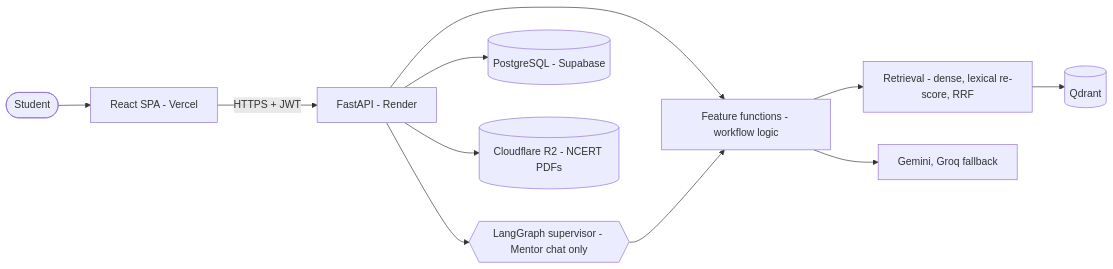
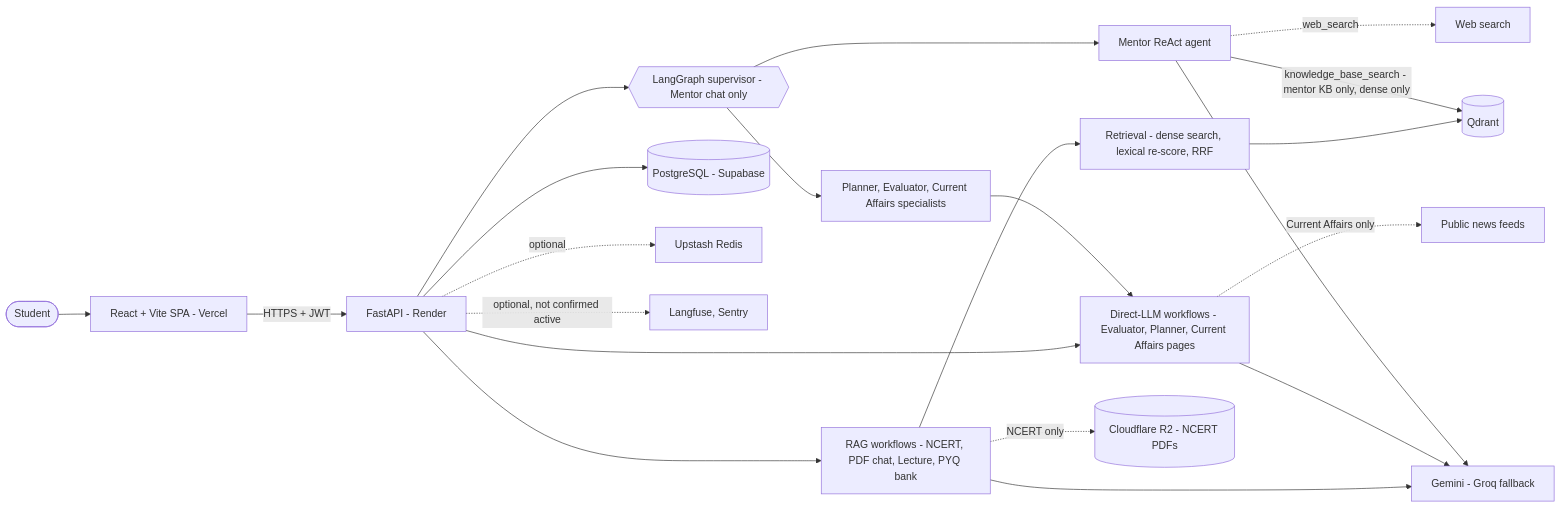
Before and after one commit to Vishal-AI-ML-Dev/UPSC-AI-PRO: the first of 4 diagrams in README.md, drawn with Mermaid. The commit also changed other lines of this file, not shown here.

Commit message:
docs: refine UPSC AI Pro README architecture

````diff
--- a/README.md
+++ b/README.md
@@ -60,13 +52,23 @@
 ```mermaid
 flowchart LR
-    S(["Student"]) --> FE["React SPA - Vercel"]
+    S(["Student"]) --> FE["React + Vite SPA - Vercel"]
     FE -->|"HTTPS + JWT"| API["FastAPI - Render"]
     API --> SUP{{"LangGraph supervisor - Mentor chat only"}}
-    API --> FN["Feature functions - workflow logic"]
-    SUP --> FN
-    FN --> RET["Retrieval - dense, lexical re-score, RRF"]
+    SUP --> MA["Mentor ReAct agent"]
+    SUP --> SP["Planner, Evaluator, Current Affairs specialists"]
+    API --> RW["RAG workflows - NCERT, PDF chat, Lecture, PYQ bank"]
+    API --> DW["Direct-LLM workflows - Evaluator, Planner, Current Affairs pages"]
+    SP --> DW
+    RW --> RET["Retrieval - dense search, lexical re-score, RRF"]
     RET --> QD[("Qdrant")]
-    FN --> LLM["Gemini, Groq fallback"]
+    MA -->|"knowledge_base_search - mentor KB only, dense only"| QD
+    MA -.->|"web_search"| WEB["Web search"]
+    DW -.->|"Current Affairs only"| FEEDS["Public news feeds"]
+    RW --> LLM["Gemini - Groq fallback"]
+    DW --> LLM
+    MA --> LLM
     API --> PG[("PostgreSQL - Supabase")]
-    API --> R2[("Cloudflare R2 - NCERT PDFs")]
+    RW -.->|"NCERT only"| R2[("Cloudflare R2 - NCERT PDFs")]
+    API -.->|"optional"| UP["Upstash Redis"]
+    API -.->|"optional, not confirmed active"| OBS["Langfuse, Sentry"]
 ```
````
